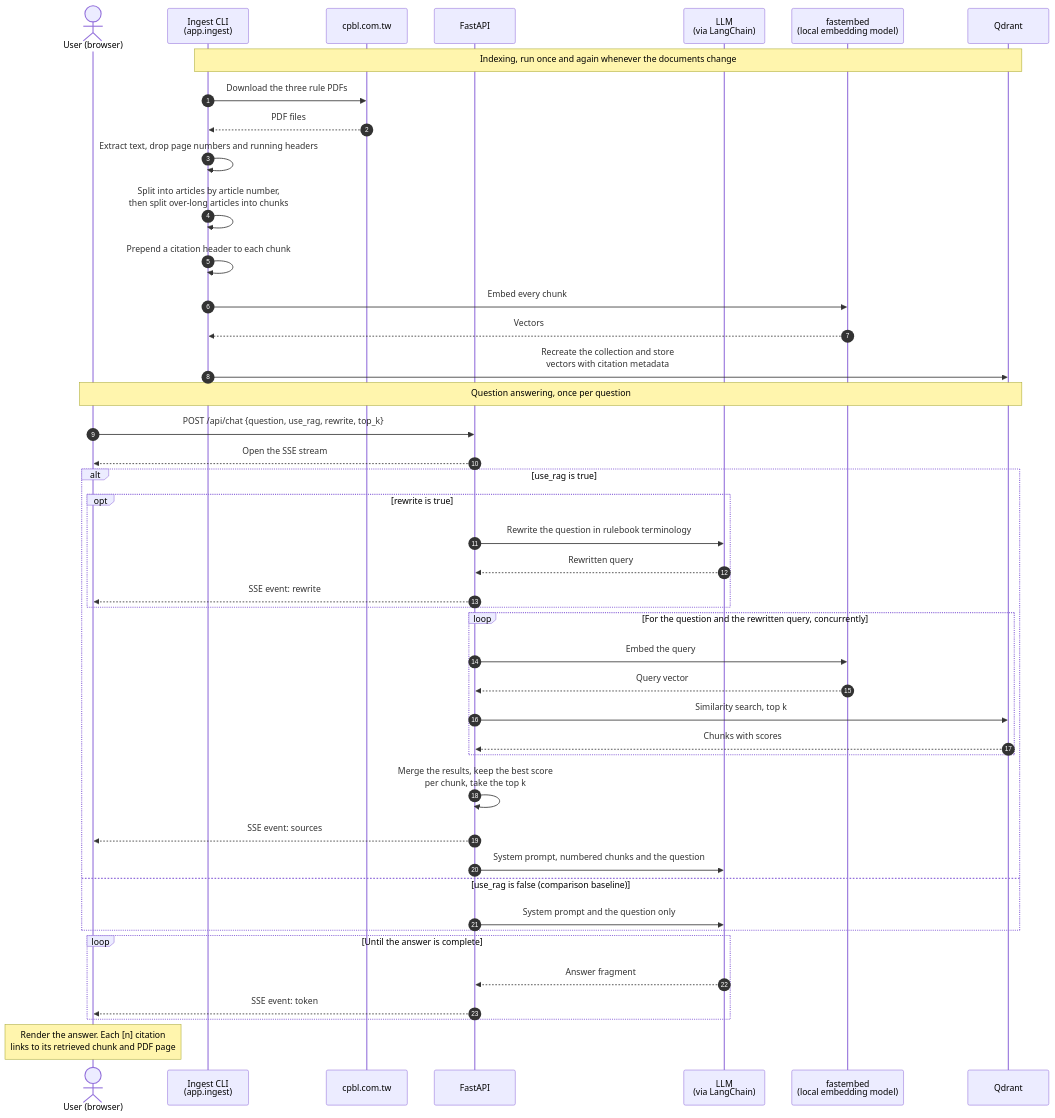
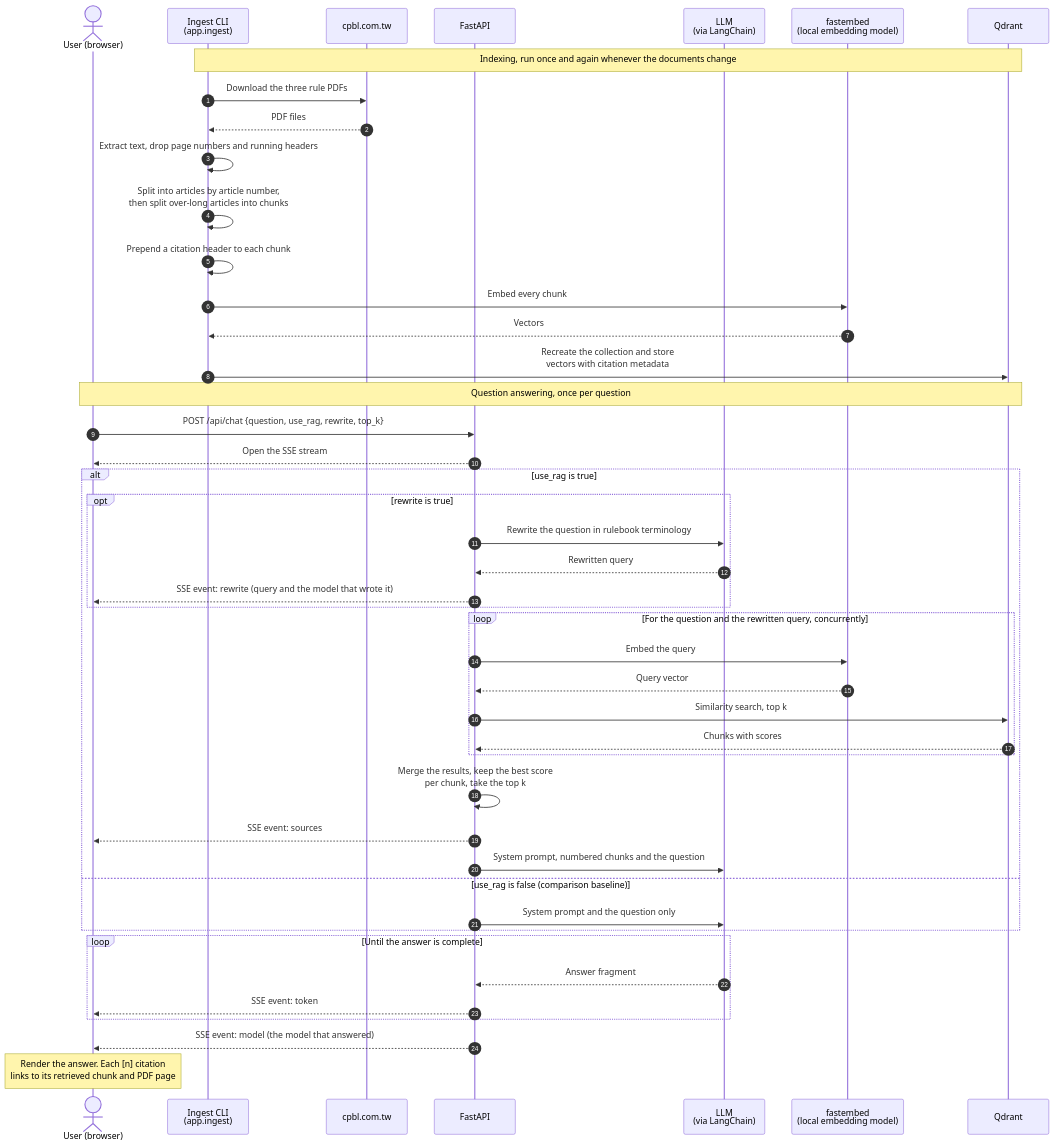
One commit to as10896/cpbl-rules-rag-demo changed the diagram in docs/rag-sequence.mmd. Above: the diagram before and after it, drawn with Mermaid. The commit also changed 4 other files, not shown here.

```diff
--- a/docs/rag-sequence.mmd
+++ b/docs/rag-sequence.mmd
@@ -1,53 +1,54 @@
 sequenceDiagram
     autonumber
     actor User as User (browser)
     participant CLI as Ingest CLI<br/>(app.ingest)
     participant Site as cpbl.com.tw
     participant API as FastAPI
     participant LLM as LLM<br/>(via LangChain)
     participant Embed as fastembed<br/>(local embedding model)
     participant Qdrant
 
     Note over CLI,Qdrant: Indexing, run once and again whenever the documents change
 
     CLI->>Site: Download the three rule PDFs
     Site-->>CLI: PDF files
     CLI->>CLI: Extract text, drop page numbers and running headers
     CLI->>CLI: Split into articles by article number,<br/>then split over-long articles into chunks
     CLI->>CLI: Prepend a citation header to each chunk
     CLI->>Embed: Embed every chunk
     Embed-->>CLI: Vectors
     CLI->>Qdrant: Recreate the collection and store<br/>vectors with citation metadata
 
     Note over User,Qdrant: Question answering, once per question
 
     User->>API: POST /api/chat {question, use_rag, rewrite, top_k}
     API-->>User: Open the SSE stream
 
     alt use_rag is true
         opt rewrite is true
             API->>LLM: Rewrite the question in rulebook terminology
             LLM-->>API: Rewritten query
-            API-->>User: SSE event: rewrite
+            API-->>User: SSE event: rewrite (query and the model that wrote it)
         end
 
         loop For the question and the rewritten query, concurrently
             API->>Embed: Embed the query
             Embed-->>API: Query vector
             API->>Qdrant: Similarity search, top k
             Qdrant-->>API: Chunks with scores
         end
 
         API->>API: Merge the results, keep the best score<br/>per chunk, take the top k
         API-->>User: SSE event: sources
         API->>LLM: System prompt, numbered chunks and the question
     else use_rag is false (comparison baseline)
         API->>LLM: System prompt and the question only
     end
 
     loop Until the answer is complete
         LLM-->>API: Answer fragment
         API-->>User: SSE event: token
     end
+    API-->>User: SSE event: model (the model that answered)
 
     Note over User: Render the answer. Each [n] citation<br/>links to its retrieved chunk and PDF page
```
